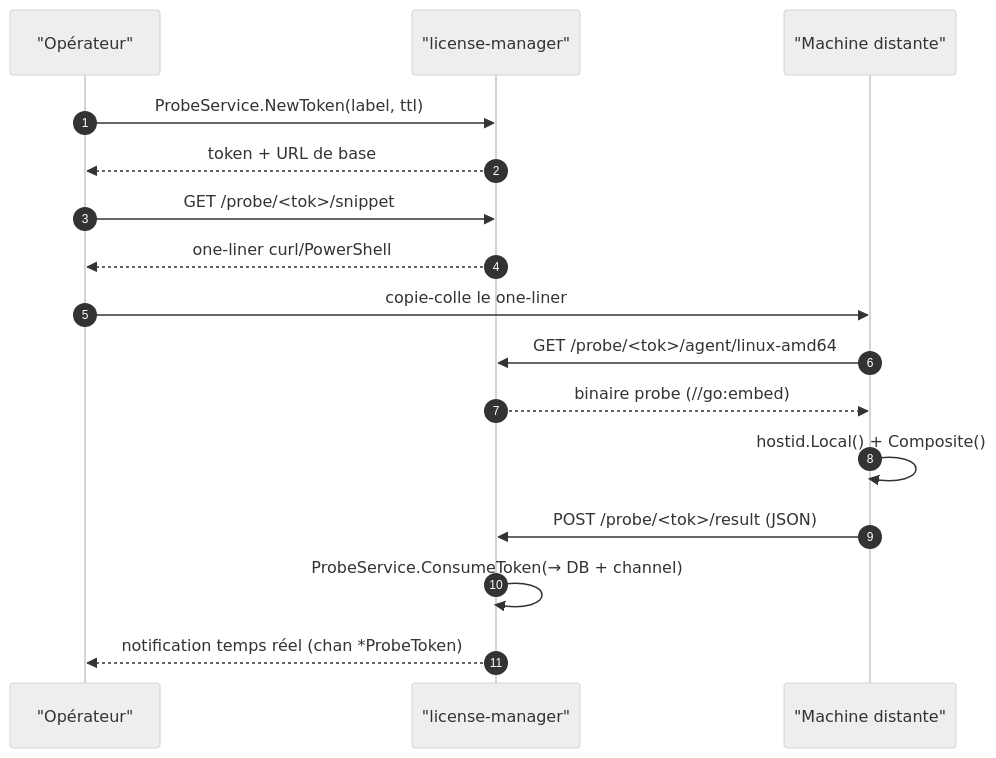
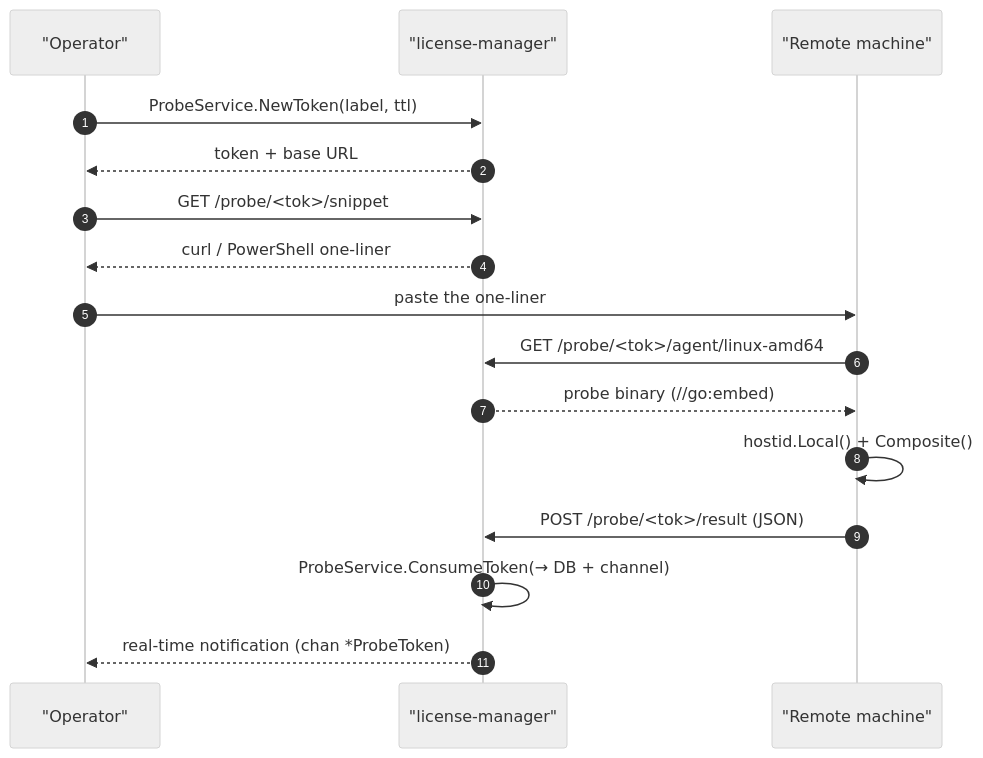
The second of 2 diagrams in docs/license-manager/concepts.md (pucinopio/maldev), drawn with Mermaid (neutral theme) before and after one commit. The commit also changed other lines of this file and 6 other files, not shown here.

````diff
--- a/docs/license-manager/concepts.md
+++ b/docs/license-manager/concepts.md
@@ -124,19 +174,19 @@
 ```mermaid
 sequenceDiagram
     autonumber
-    participant Op as "Opérateur"
+    participant Op as "Operator"
     participant Mgr as "license-manager"
-    participant Remote as "Machine distante"
+    participant Remote as "Remote machine"
 
     Op->>Mgr: ProbeService.NewToken(label, ttl)
-    Mgr-->>Op: token + URL de base
+    Mgr-->>Op: token + base URL
     Op->>Mgr: GET /probe/<tok>/snippet
-    Mgr-->>Op: one-liner curl/PowerShell
-    Op->>Remote: copie-colle le one-liner
+    Mgr-->>Op: curl / PowerShell one-liner
+    Op->>Remote: paste the one-liner
     Remote->>Mgr: GET /probe/<tok>/agent/linux-amd64
-    Mgr-->>Remote: binaire probe (//go:embed)
+    Mgr-->>Remote: probe binary (//go:embed)
     Remote->>Remote: hostid.Local() + Composite()
     Remote->>Mgr: POST /probe/<tok>/result (JSON)
     Mgr->>Mgr: ProbeService.ConsumeToken(→ DB + channel)
-    Mgr-->>Op: notification temps réel (chan *ProbeToken)
+    Mgr-->>Op: real-time notification (chan *ProbeToken)
 ```
````
